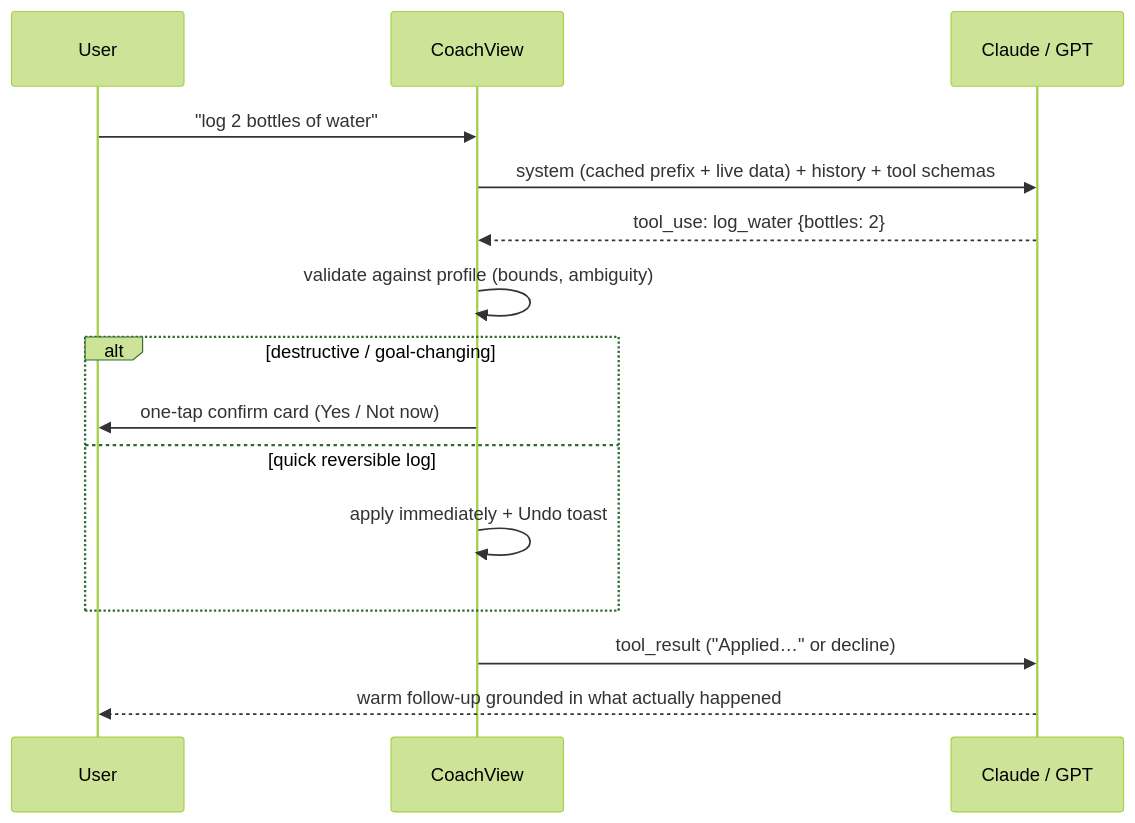
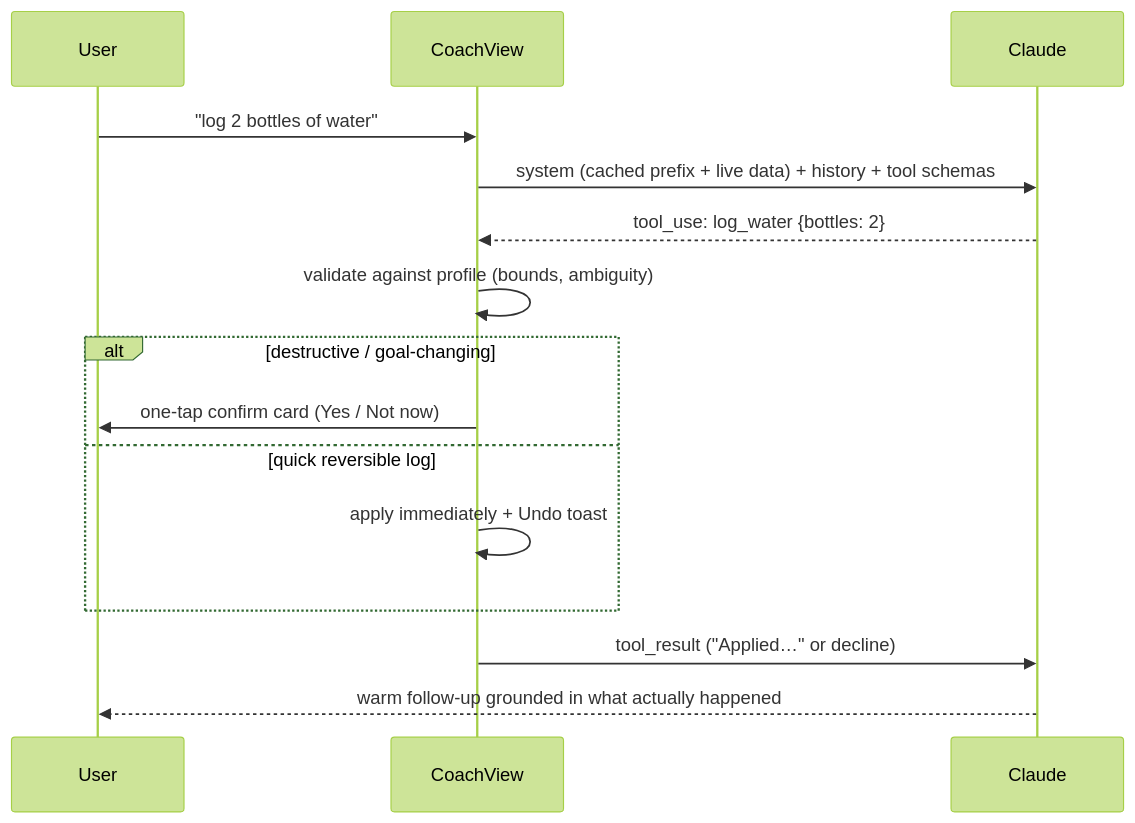
The second of 3 diagrams in README.md (bryanrg22/sprout), drawn with Mermaid (forest theme) before and after one commit. The commit also changed other lines of this file and 610 other files, not shown here.

````diff
--- a/README.md
+++ b/README.md
@@ -118,17 +110,17 @@
 ```mermaid
 sequenceDiagram
     participant U as User
     participant App as CoachView
-    participant LLM as Claude / GPT
+    participant LLM as Claude
     U->>App: "log 2 bottles of water"
     App->>LLM: system (cached prefix + live data) + history + tool schemas
     LLM-->>App: tool_use: log_water {bottles: 2}
     App->>App: validate against profile (bounds, ambiguity)
     alt destructive / goal-changing
         App->>U: one-tap confirm card (Yes / Not now)
     else quick reversible log
         App->>App: apply immediately + Undo toast
     end
     App->>LLM: tool_result ("Applied…" or decline)
     LLM-->>U: warm follow-up grounded in what actually happened
 ```
````
